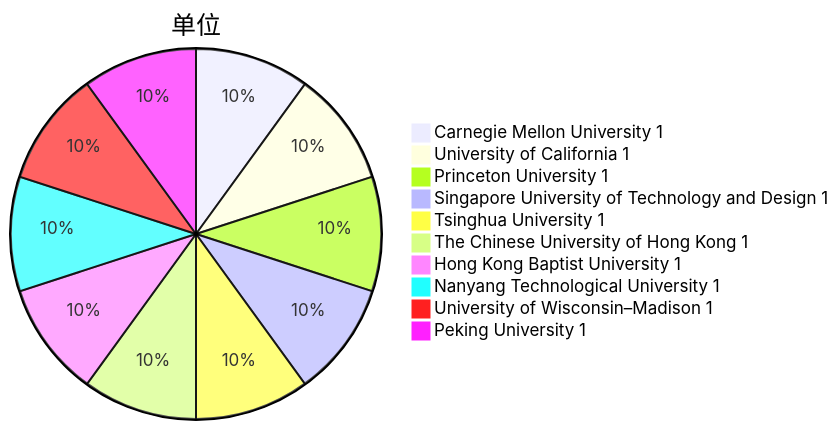
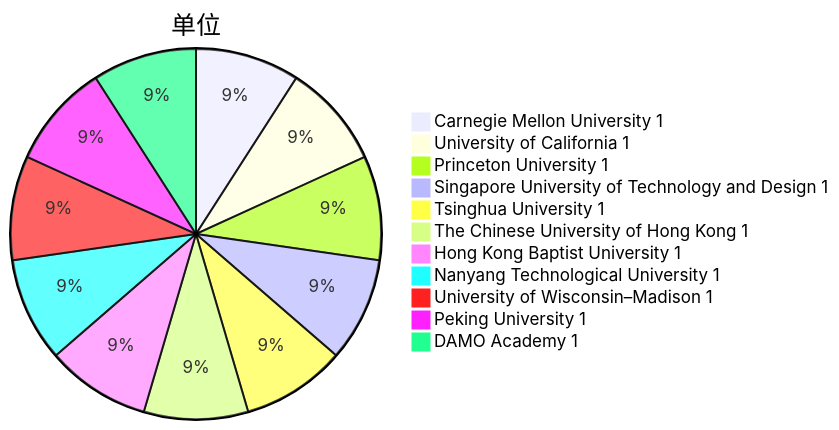
One commit to Elephant-King9/Paper changed the third of 5 diagrams in Attack/Jailbreak/analyse.md. Above: the diagram before and after it, drawn with Mermaid. The commit also changed other lines of this file and 5 other files, not shown here.

````diff
--- a/Attack/Jailbreak/analyse.md
+++ b/Attack/Jailbreak/analyse.md
@@ -41,13 +42,14 @@
 ```mermaid
 pie title 单位
     "Carnegie Mellon University 1" : 1
     "University of California 1" : 1
     "Princeton University 1" : 1
     "Singapore University of Technology and Design 1 " : 1
     "Tsinghua University 1" : 1
     "The Chinese University of Hong Kong 1" : 1
     "Hong Kong Baptist University 1" : 1
     "Nanyang Technological University 1" : 1
     "University of Wisconsin–Madison 1" : 1
     "Peking University 1" : 1
+    "DAMO Academy 1" : 1
 ```
````
